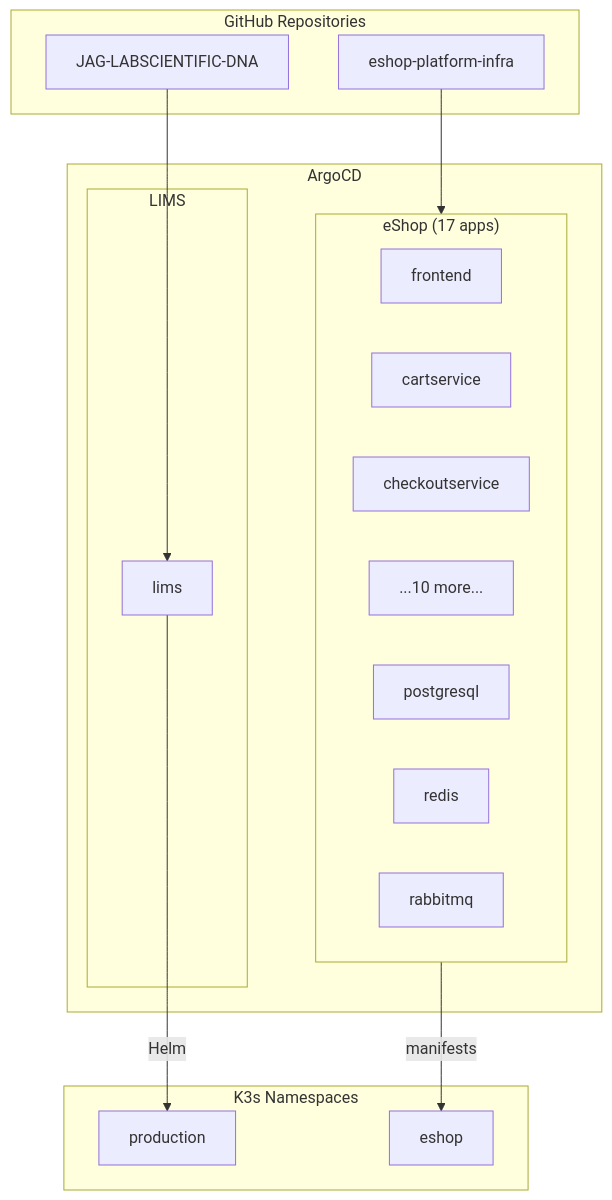
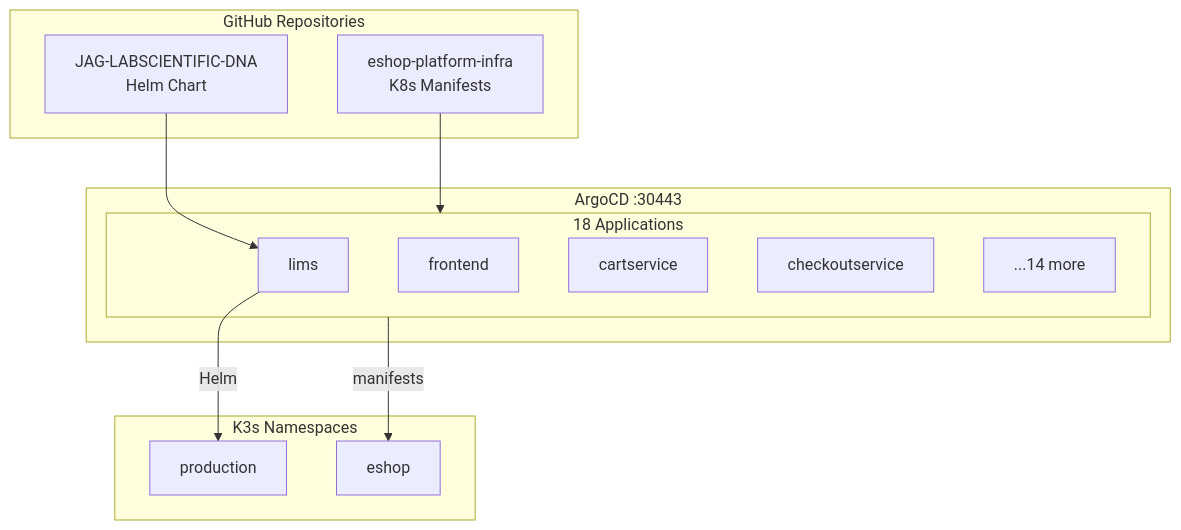
One commit to GABRIELS562/Architecture- changed the fifth of 7 diagrams in README.md. Above: the diagram before and after it, drawn with Mermaid. The commit also changed other lines of this file, not shown here.

First line of the commit message:
Complete architecture rewrite with verified data

````diff
--- a/README.md
+++ b/README.md
@@ -317,32 +281,25 @@
 ```mermaid
 flowchart TB
     subgraph GitHub["GitHub Repositories"]
-        R1["JAG-LABSCIENTIFIC-DNA"]
-        R2["eshop-platform-infra"]
+        R1["JAG-LABSCIENTIFIC-DNA<br/>Helm Chart"]
+        R2["eshop-platform-infra<br/>K8s Manifests"]
     end
 
-    subgraph ArgoCD["ArgoCD"]
-        subgraph LIMS_Apps["LIMS"]
+    subgraph ArgoCD["ArgoCD :30443"]
+        subgraph Apps["18 Applications"]
             A1["lims"]
-        end
-        subgraph eShop_Apps["eShop (17 apps)"]
             A2["frontend"]
             A3["cartservice"]
             A4["checkoutservice"]
-            A5["...10 more..."]
-            A6["postgresql"]
-            A7["redis"]
-            A8["rabbitmq"]
+            A5["...14 more"]
         end
     end
 
     subgraph K3s["K3s Namespaces"]
         N1["production"]
         N2["eshop"]
     end
 
-    R1 --> A1
-    R2 --> eShop_Apps
-    A1 -->|Helm| N1
-    eShop_Apps -->|manifests| N2
+    R1 --> A1 -->|Helm| N1
+    R2 --> Apps -->|manifests| N2
 ```
````
